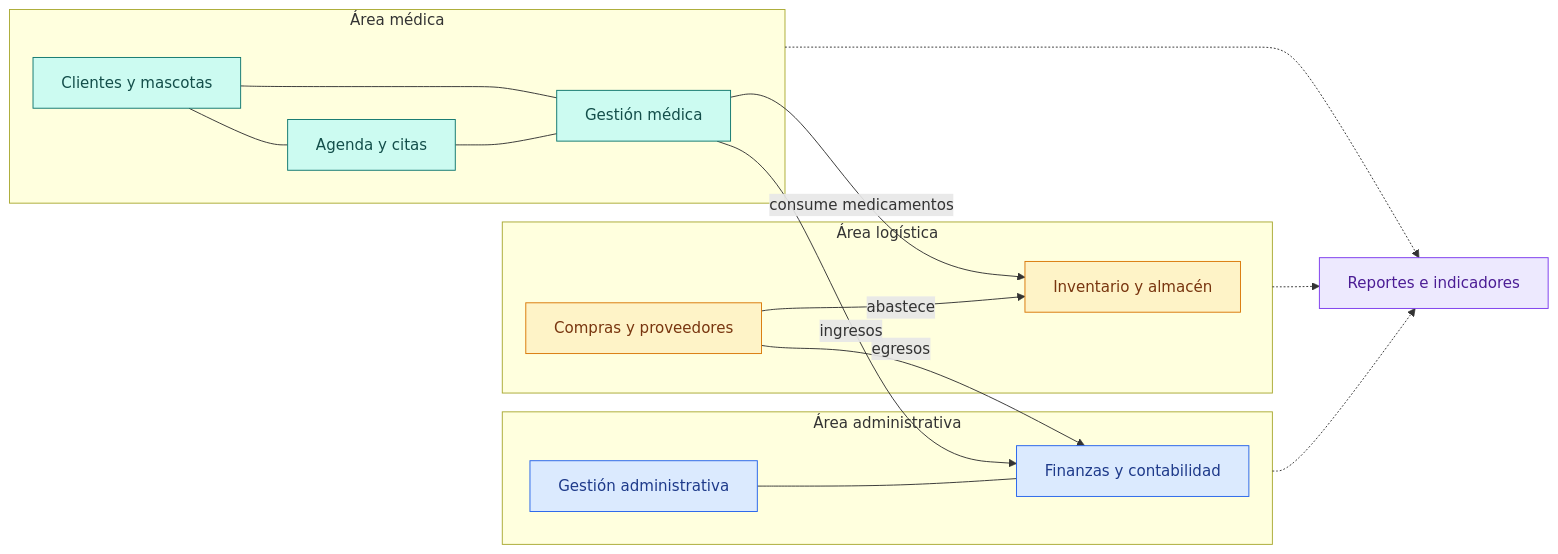
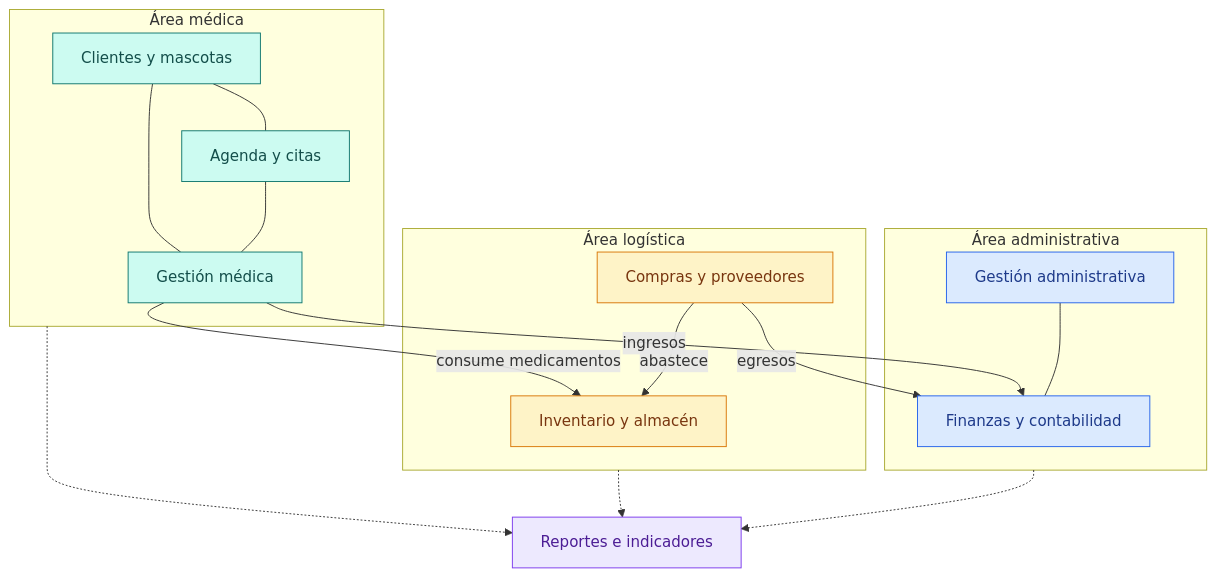
The diagram in README.md (elarielillo/erp-academico), drawn with Mermaid before and after one commit.

Commit message:
Ajustar orientacion del diagrama
Updated flowchart direction in README.md

````diff
--- a/README.md
+++ b/README.md
@@ -53,38 +53,38 @@
 ```mermaid
-flowchart LR
+flowchart TB
     subgraph Medica["Área médica"]
         C["Clientes y mascotas"]
         M["Gestión médica"]
         A["Agenda y citas"]
     end
     subgraph Logistica["Área logística"]
         I["Inventario y almacén"]
         P["Compras y proveedores"]
     end
     subgraph Administrativa["Área administrativa"]
         F["Finanzas y contabilidad"]
         G["Gestión administrativa"]
     end
     R["Reportes e indicadores"]
 
     C --- M
     C --- A
     A --- M
     M -->|consume medicamentos| I
     P -->|abastece| I
     P -->|egresos| F
     M -->|ingresos| F
     G --- F
     Medica -.-> R
     Logistica -.-> R
     Administrativa -.-> R
 
     classDef med fill:#ccfbf1,stroke:#0f766e,color:#134e4a;
     classDef log fill:#fef3c7,stroke:#d97706,color:#78350f;
     classDef adm fill:#dbeafe,stroke:#2563eb,color:#1e3a8a;
     classDef rep fill:#ede9fe,stroke:#7c3aed,color:#4c1d95;
     class C,M,A med;
     class I,P log;
     class F,G adm;
     class R rep;
 ```
````
